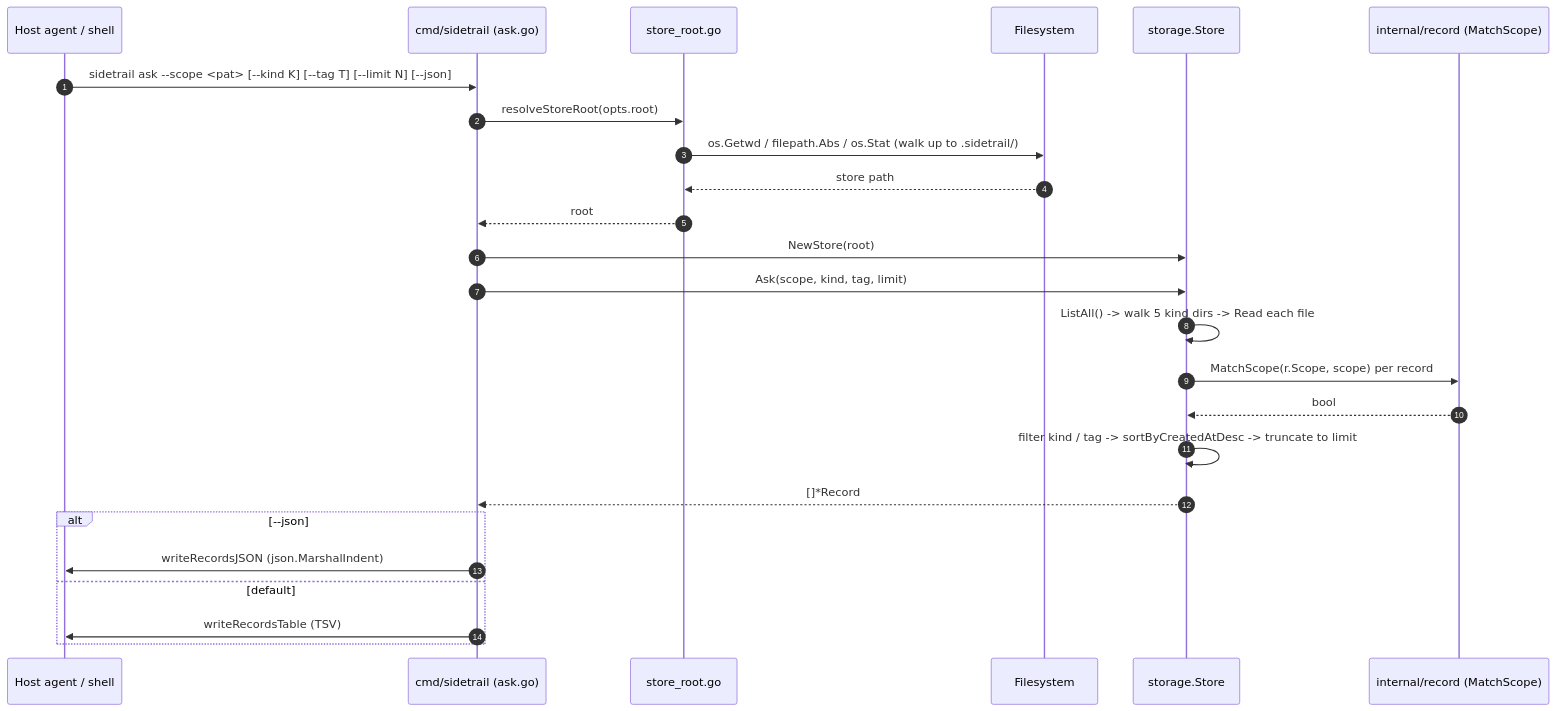
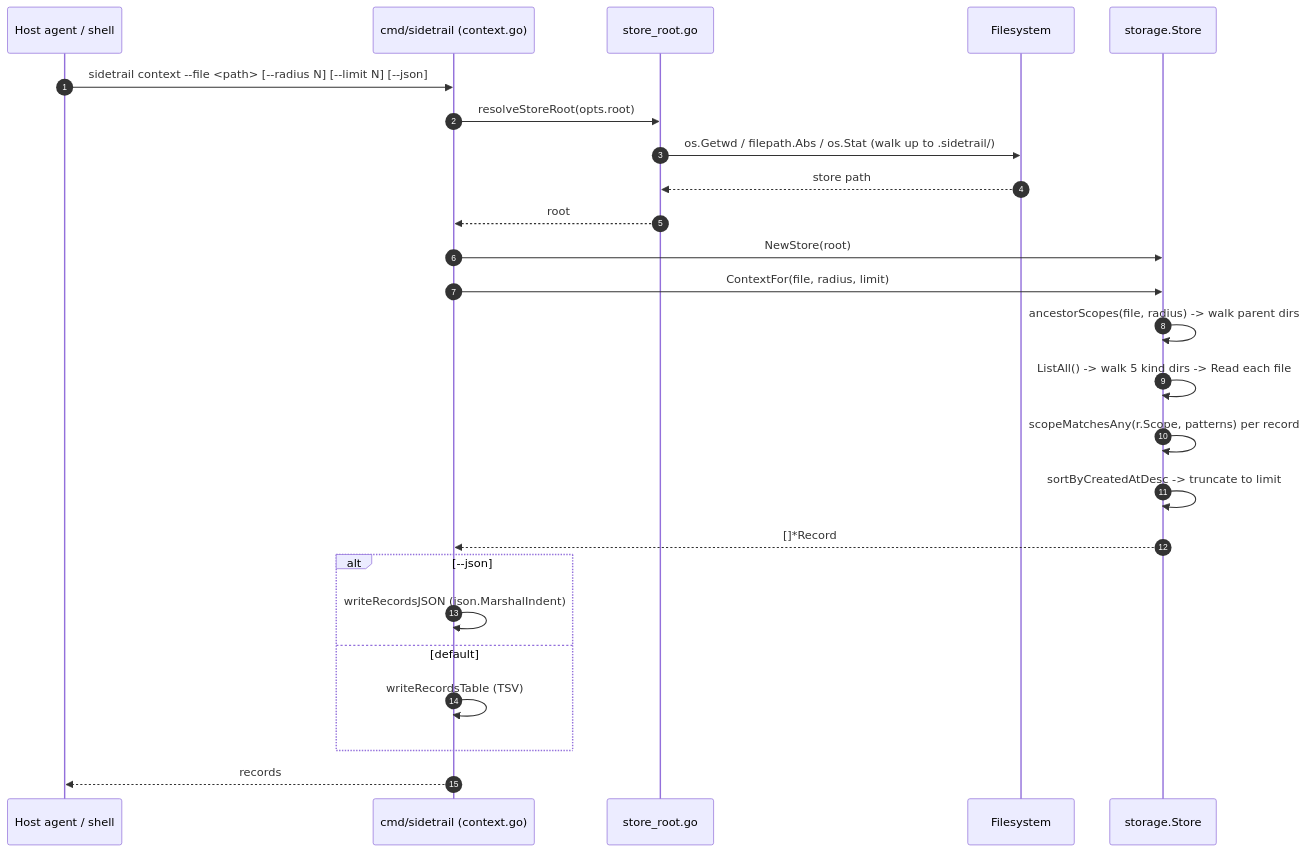
Before and after one commit to SincereMa/sidetrail: the first of 3 diagrams in docs/architecture/sequences.md, drawn with Mermaid. The commit also changed other lines of this file and 43 other files, not shown here.

````diff
--- a/docs/architecture/sequences.md
+++ b/docs/architecture/sequences.md
@@ -25,28 +23,28 @@
 ```mermaid
 sequenceDiagram
   autonumber
   participant U as Host agent / shell
-  participant CLI as cmd/sidetrail (ask.go)
+  participant CLI as cmd/sidetrail (context.go)
   participant SR as store_root.go
   participant FS as Filesystem
   participant STO as storage.Store
-  participant REC as internal/record (MatchScope)
 
-  U->>CLI: sidetrail ask --scope <pat> [--kind K] [--tag T] [--limit N] [--json]
+  U->>CLI: sidetrail context --file <path> [--radius N] [--limit N] [--json]
   CLI->>SR: resolveStoreRoot(opts.root)
   SR->>FS: os.Getwd / filepath.Abs / os.Stat (walk up to .sidetrail/)
   FS-->>SR: store path
   SR-->>CLI: root
   CLI->>STO: NewStore(root)
-  CLI->>STO: Ask(scope, kind, tag, limit)
+  CLI->>STO: ContextFor(file, radius, limit)
+  STO->>STO: ancestorScopes(file, radius) -> walk parent dirs
   STO->>STO: ListAll() -> walk 5 kind dirs -> Read each file
-  STO->>REC: MatchScope(r.Scope, scope) per record
-  REC-->>STO: bool
-  STO->>STO: filter kind / tag -> sortByCreatedAtDesc -> truncate to limit
+  STO->>STO: scopeMatchesAny(r.Scope, patterns) per record
+  STO->>STO: sortByCreatedAtDesc -> truncate to limit
   STO-->>CLI: []*Record
   alt --json
-    CLI->>U: writeRecordsJSON (json.MarshalIndent)
+    CLI->>CLI: writeRecordsJSON (json.MarshalIndent)
   else default
-    CLI->>U: writeRecordsTable (TSV)
+    CLI->>CLI: writeRecordsTable (TSV)
   end
+  CLI-->>U: records
 ```
````
